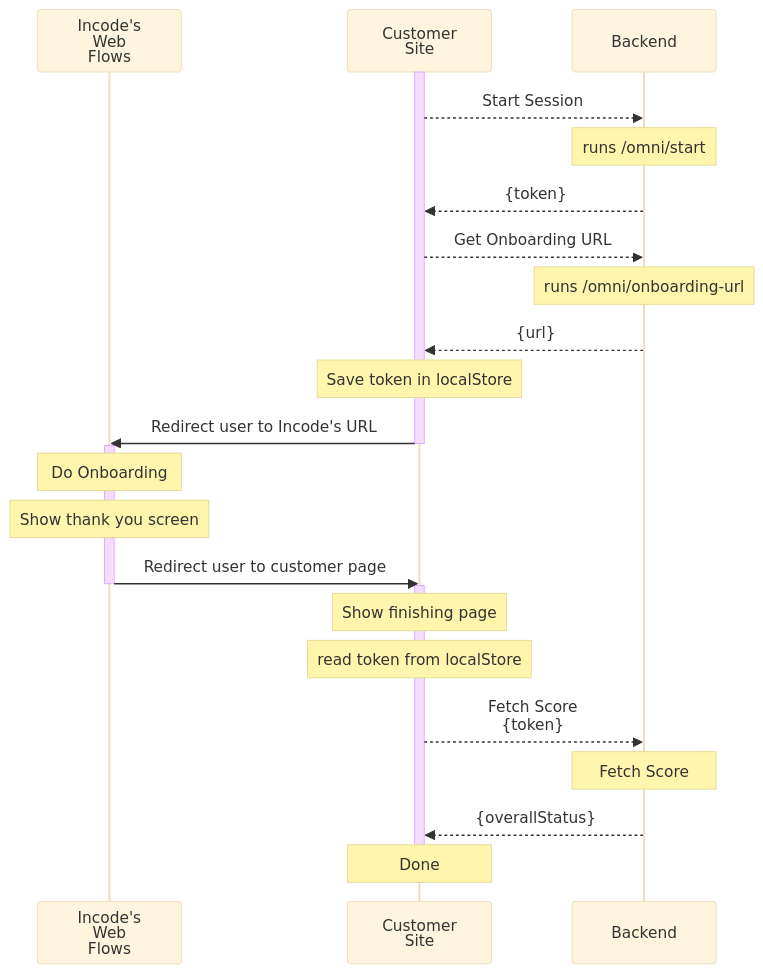
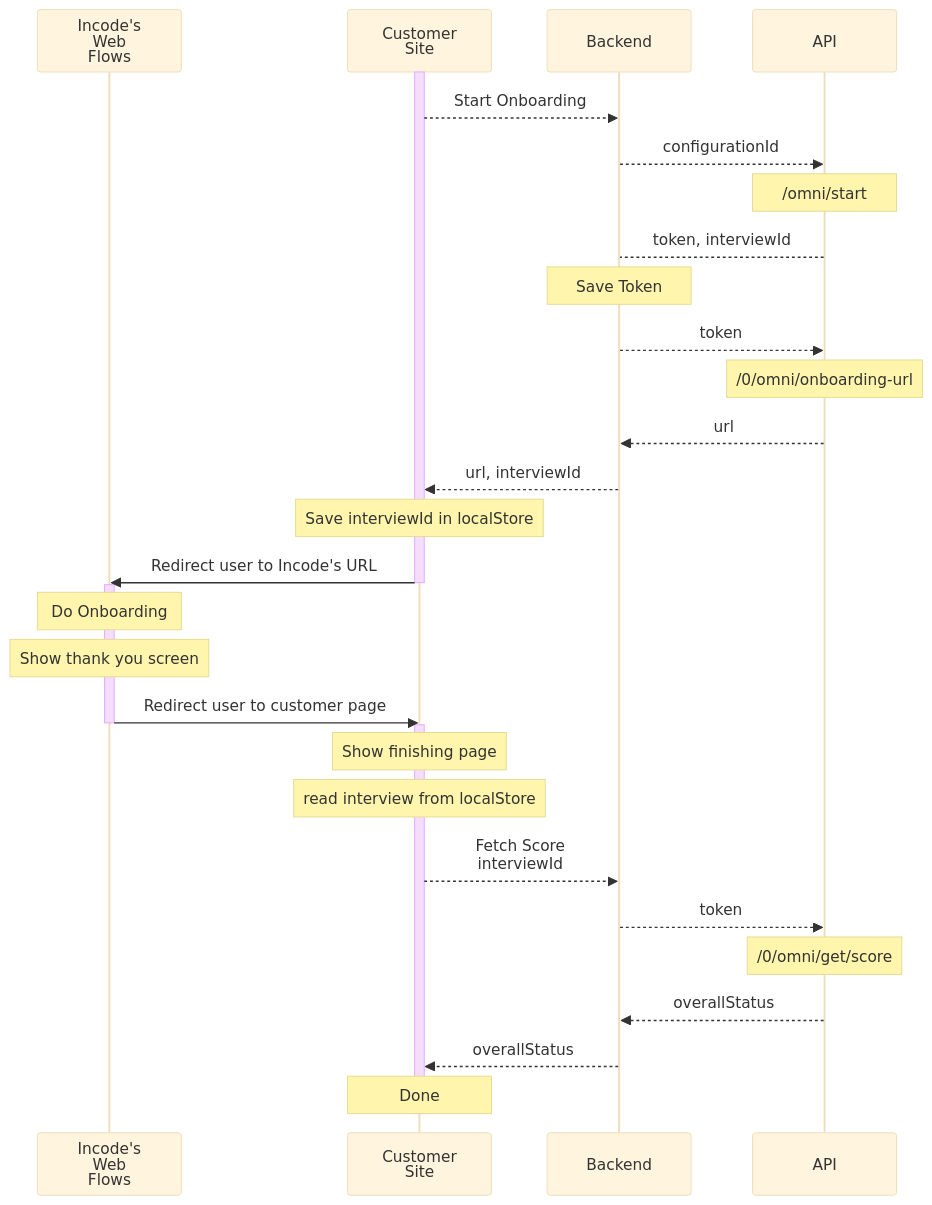
Before and after one commit to Incode-Technologies-Example-Repos/onboarding-lowcode-redirect: the diagram in README.md, drawn with Mermaid (base theme). The commit also changed 5 other files, not shown here.

Commit message:
Changes *updated dependencies * removed onboardingStatus endpoint * unified start and onboarding url * dont return token to frontend * updated the readme with more details on the diagram * use only interviewId in the frontend

````diff
--- a/README.md
+++ b/README.md
@@ -9,33 +9,38 @@
 ```mermaid
 sequenceDiagram
     participant i as Incode's<br>Web<br>Flows
     participant m as Customer<br>Site
     participant b as Backend
+    participant a as API
 
     activate m
-    m-->>b: Start Session
-    note over b: runs /omni/start
-    b-->>m: {token}
-    m-->>b: Get Onboarding URL
-    note over b: runs /omni/onboarding-url
-    b-->>m: {url}
-    note over m: Save token in localStore
+    m-->>b: Start Onboarding
+    b-->>a: configurationId
+    note over a: /omni/start
+    a-->b: token, interviewId
+    note over b: Save Token
+    b-->>a: token
+    note over a: /0/omni/onboarding-url
+    a-->>b: url
+    b-->>m: url, interviewId
+    note over m: Save interviewId in localStore
     m->>i: Redirect user to Incode's URL
     deactivate m
     
     activate i
     note over i: Do Onboarding
     note over i: Show thank you screen
     i->>m: Redirect user to customer page
     deactivate i
     
     activate m
     note over m: Show finishing page
-    note over m: read token from localStore
-    m-->>b: Fetch Score<br>{token}
-    note over b: Fetch Score
-    
-    b-->>m: {overallStatus}
+    note over m: read interview from localStore
+    m-->>b: Fetch Score<br>interviewId
+    b-->>a: token
+    note over a: /0/omni/get/score
+    a-->>b: overallStatus
+    b-->>m: overallStatus
     note over m: Done
     deactivate m
 ```
````
